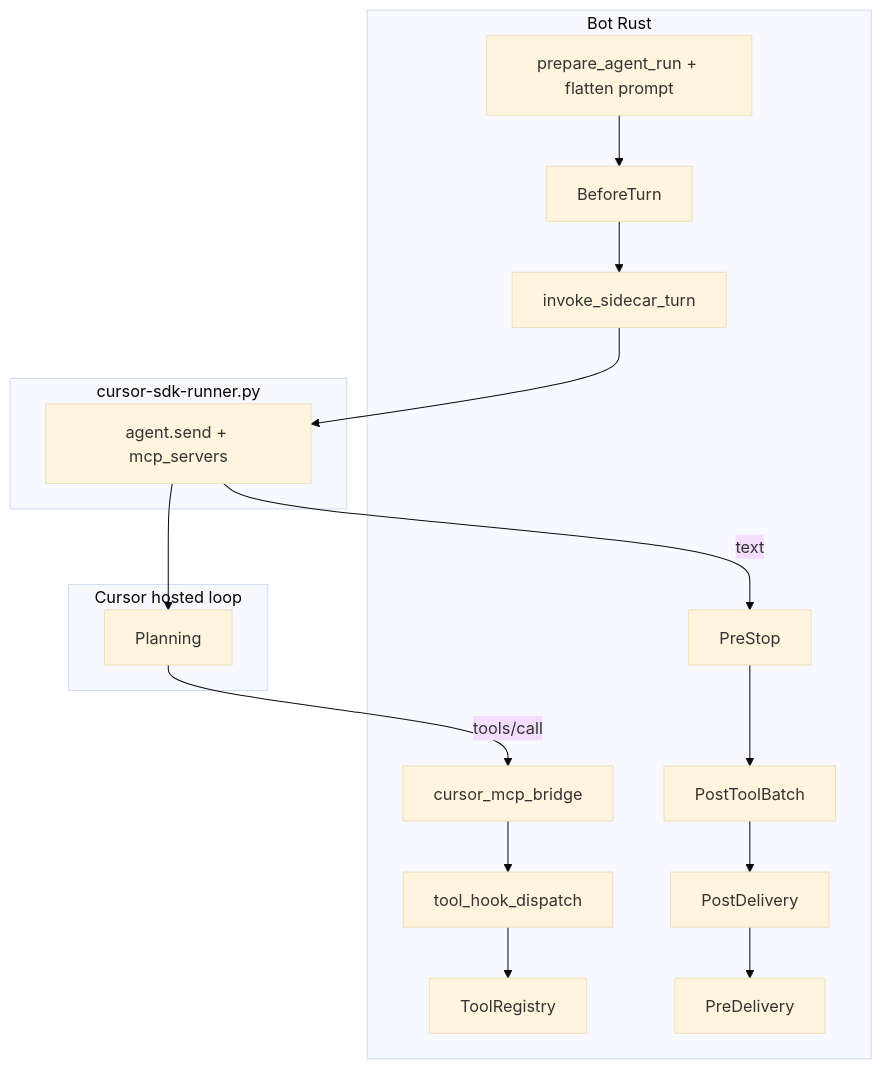
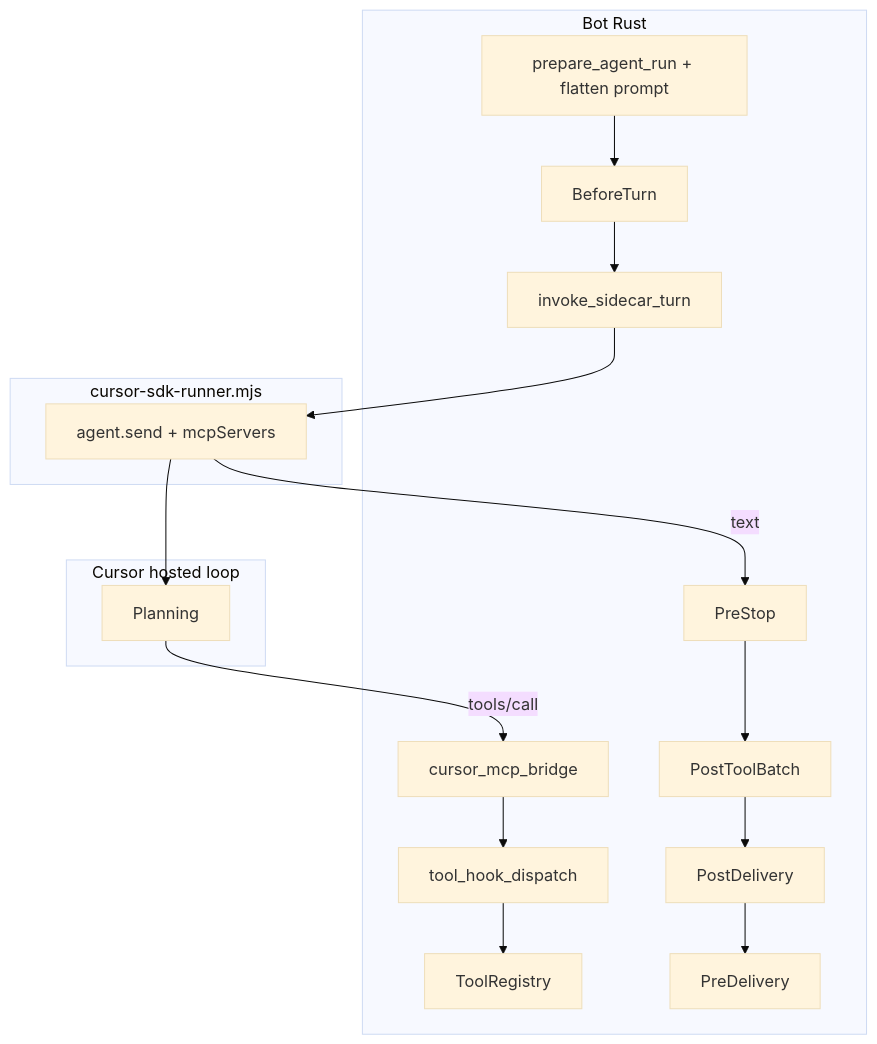
One commit to kenpyfin/finally_a_value_bot changed the diagram in docs/cursor-engine-integration.md. Above: the diagram before and after it, drawn with Mermaid (base theme). The commit also changed other lines of this file and 13 other files, not shown here.

First line of the commit message:
Switch Cursor engine sidecar from Python bridge to in-process Node SDK.

````diff
--- a/docs/cursor-engine-integration.md
+++ b/docs/cursor-engine-integration.md
@@ -69,30 +69,30 @@
 ```mermaid
 flowchart TB
   subgraph rust [Bot Rust]
     Prep[prepare_agent_run + flatten prompt]
     BT[BeforeTurn]
     MCP[cursor_mcp_bridge]
     TH[tool_hook_dispatch]
     TR[ToolRegistry]
     PS[PreStop]
     PB[PostToolBatch]
     PD[PostDelivery]
     PreD[PreDelivery]
     Prep --> BT
     BT --> Sidecar
   end
-  subgraph sidecar [cursor-sdk-runner.py]
-    Send[agent.send + mcp_servers]
+  subgraph sidecar [cursor-sdk-runner.mjs]
+    Send[agent.send + mcpServers]
   end
   subgraph cursor [Cursor hosted loop]
     Plan[Planning]
   end
   Sidecar[invoke_sidecar_turn] --> Send
   Send --> Plan
   Plan -->|tools/call| MCP
   MCP --> TH --> TR
   Send -->|text| PS
   PS --> PB
   PB --> PD
   PD --> PreD
 ```
````
